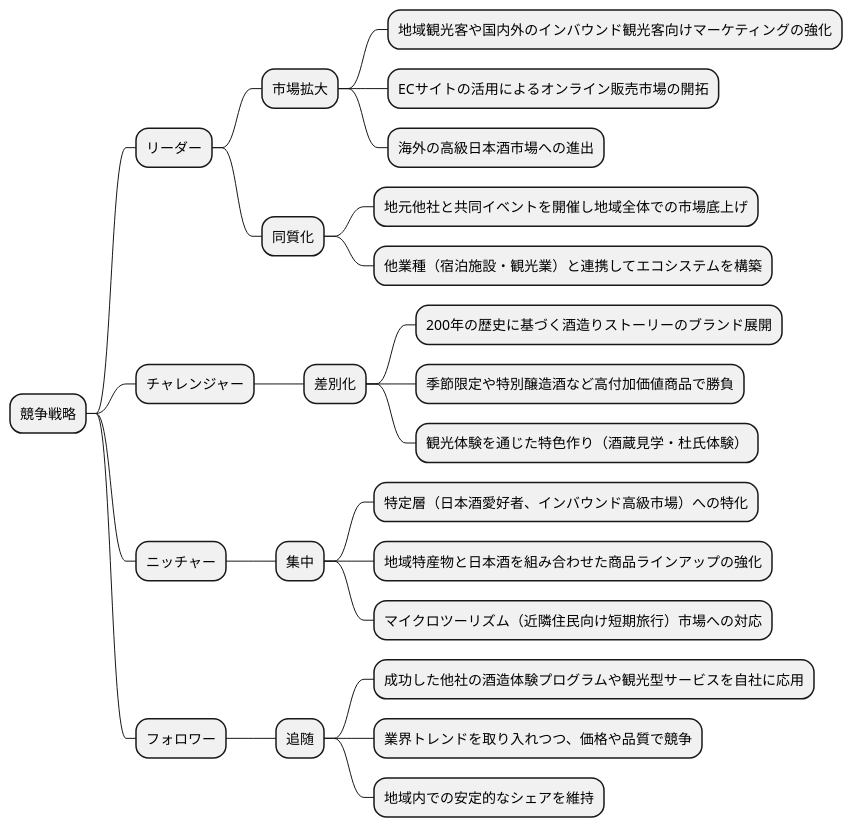
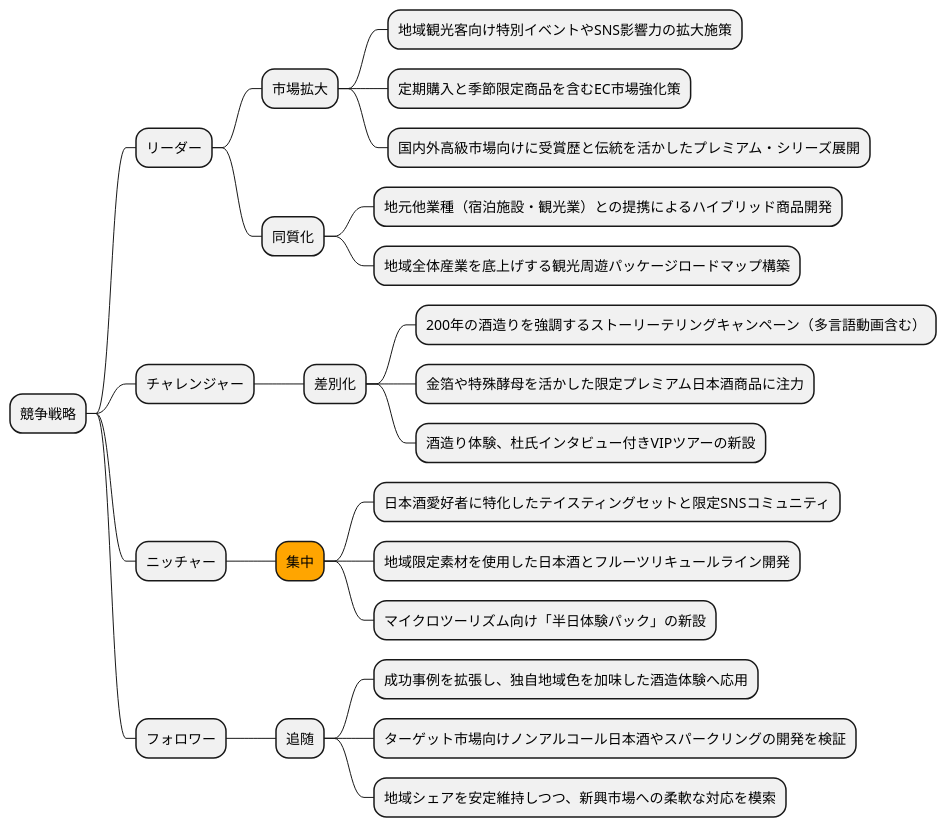
The ninth of 19 diagrams in docs/case/r02_case_1.adoc (k2works/case-study-business-analysis), drawn with PlantUML before and after one commit. The commit also changed other lines of this file, not shown here.

```diff
--- a/docs/case/r02_case_1.adoc
+++ b/docs/case/r02_case_1.adoc
@@ -351,31 +366,31 @@
 [plantuml]
 ----
 @startmindmap
 
 * 競争戦略
 ** リーダー
 *** 市場拡大
-**** 地域観光客や国内外のインバウンド観光客向けマーケティングの強化
-**** ECサイトの活用によるオンライン販売市場の開拓
-**** 海外の高級日本酒市場への進出
+**** 地域観光客向け特別イベントやSNS影響力の拡大施策
+**** 定期購入と季節限定商品を含むEC市場強化策
+**** 国内外高級市場向けに受賞歴と伝統を活かしたプレミアム・シリーズ展開
 *** 同質化
-**** 地元他社と共同イベントを開催し地域全体での市場底上げ
-**** 他業種（宿泊施設・観光業）と連携してエコシステムを構築
+**** 地元他業種（宿泊施設・観光業）との提携によるハイブリッド商品開発
+**** 地域全体産業を底上げする観光周遊パッケージロードマップ構築
 ** チャレンジャー
 *** 差別化
-**** 200年の歴史に基づく酒造りストーリーのブランド展開
-**** 季節限定や特別醸造酒など高付加価値商品で勝負
-**** 観光体験を通じた特色作り（酒蔵見学・杜氏体験）
+**** 200年の酒造りを強調するストーリーテリングキャンペーン（多言語動画含む）
+**** 金箔や特殊酵母を活かした限定プレミアム日本酒商品に注力
+**** 酒造り体験、杜氏インタビュー付きVIPツアーの新設
 ** ニッチャー
-*** 集中
-**** 特定層（日本酒愛好者、インバウンド高級市場）への特化
-**** 地域特産物と日本酒を組み合わせた商品ラインアップの強化
-**** マイクロツーリズム（近隣住民向け短期旅行）市場への対応
+***[#orange] 集中
+**** 日本酒愛好者に特化したテイスティングセットと限定SNSコミュニティ
+**** 地域限定素材を使用した日本酒とフルーツリキュールライン開発
+**** マイクロツーリズム向け「半日体験パック」の新設
 ** フォロワー
 *** 追随
-**** 成功した他社の酒造体験プログラムや観光型サービスを自社に応用
-**** 業界トレンドを取り入れつつ、価格や品質で競争
-**** 地域内での安定的なシェアを維持
+**** 成功事例を拡張し、独自地域色を加味した酒造体験へ応用
+**** ターゲット市場向けノンアルコール日本酒やスパークリングの開発を検証
+**** 地域シェアを安定維持しつつ、新興市場への柔軟な対応を模索
 
-@endmindmapp
+@endmindmap
 ----
```
